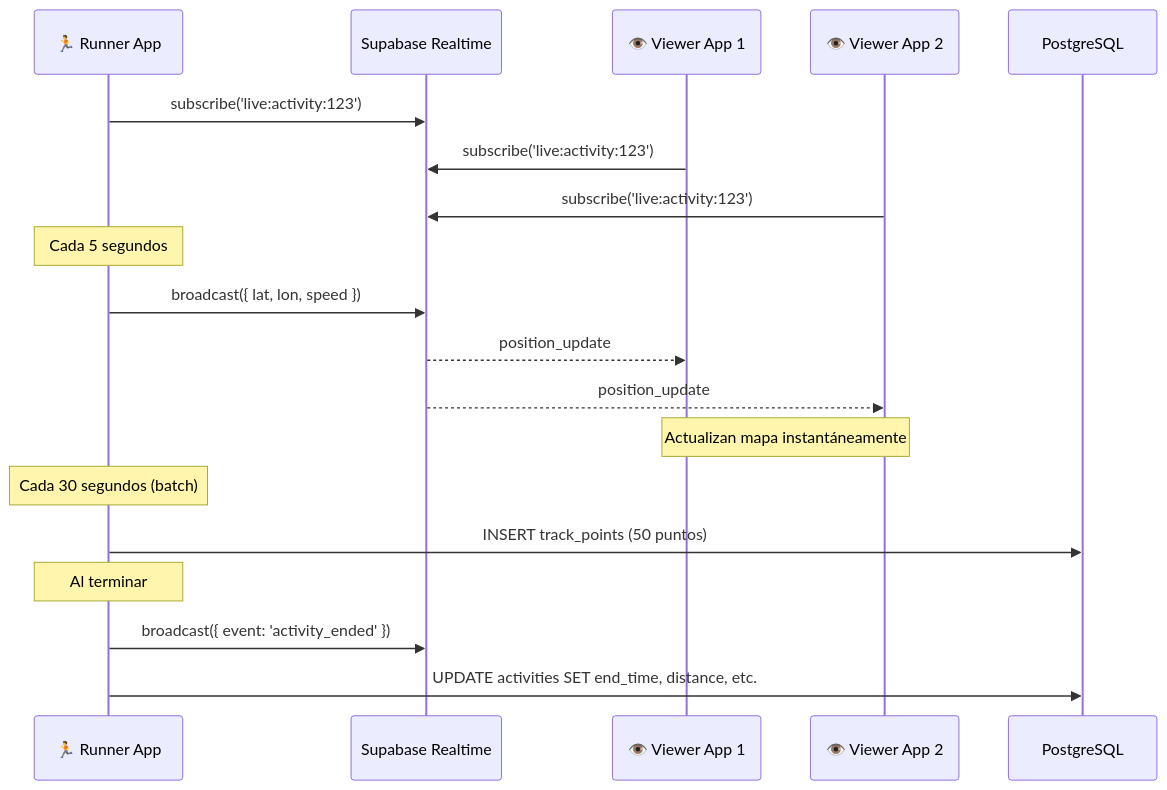
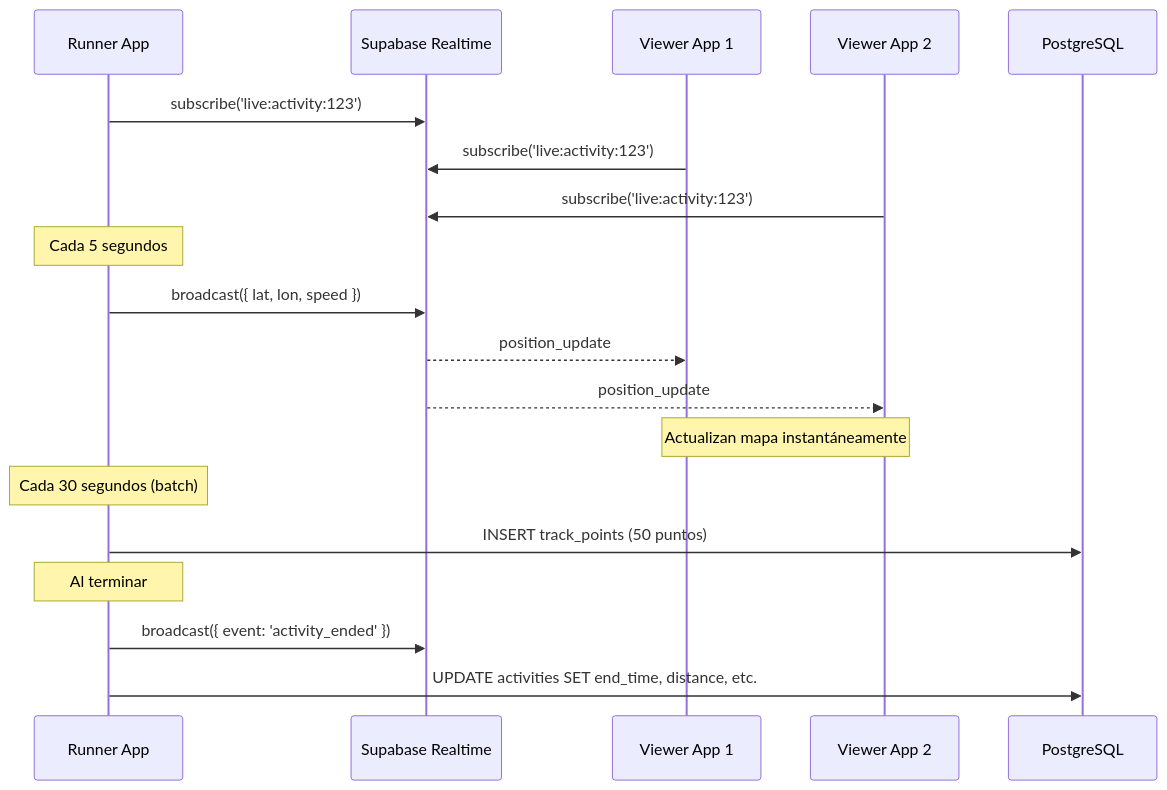
Before and after one commit to jhonatanJJ2006/Gacelas: the third of 3 diagrams in docs/SYSTEM.md, drawn with Mermaid. The commit also changed other lines of this file and 14 other files, not shown here.

````diff
--- a/docs/SYSTEM.md
+++ b/docs/SYSTEM.md
@@ -357,27 +357,27 @@
 ```mermaid
 sequenceDiagram
-    participant Runner as 🏃 Runner App
+    participant Runner as  Runner App
     participant Supabase as Supabase Realtime
-    participant Viewer1 as 👁️ Viewer App 1
-    participant Viewer2 as 👁️ Viewer App 2
+    participant Viewer1 as  Viewer App 1
+    participant Viewer2 as  Viewer App 2
     participant DB as PostgreSQL
 
     Runner->>Supabase: subscribe('live:activity:123')
     Viewer1->>Supabase: subscribe('live:activity:123')
     Viewer2->>Supabase: subscribe('live:activity:123')
 
     Note over Runner: Cada 5 segundos
     Runner->>Supabase: broadcast({ lat, lon, speed })
 
     Supabase-->>Viewer1: position_update
     Supabase-->>Viewer2: position_update
 
     Note over Viewer1,Viewer2: Actualizan mapa instantáneamente
 
     Note over Runner: Cada 30 segundos (batch)
     Runner->>DB: INSERT track_points (50 puntos)
 
     Note over Runner: Al terminar
     Runner->>Supabase: broadcast({ event: 'activity_ended' })
     Runner->>DB: UPDATE activities SET end_time, distance, etc.
 ```
````
